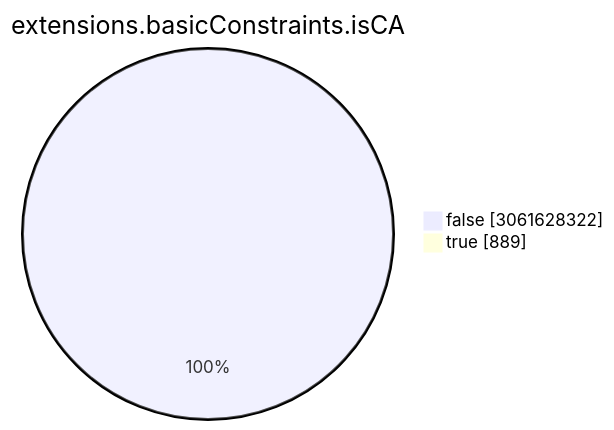
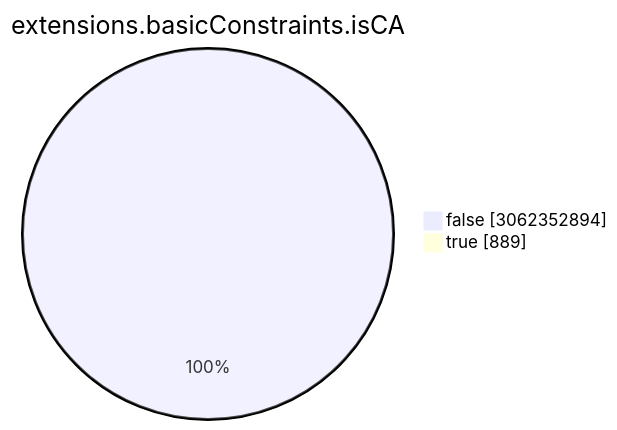
One commit to christiankrug/ctmonitor_visualization changed the seventh of 15 diagrams in TOTAL/README.md. Above: the diagram before and after it, drawn with Mermaid. The commit also changed other lines of this file, not shown here.

````diff
--- a/TOTAL/README.md
+++ b/TOTAL/README.md
@@ -3088,6 +3088,6 @@
 ```mermaid
 pie showData
 title extensions.basicConstraints.isCA
-"false" :3061628322
+"false" :3062352894
 "true" :889
 ```
````
